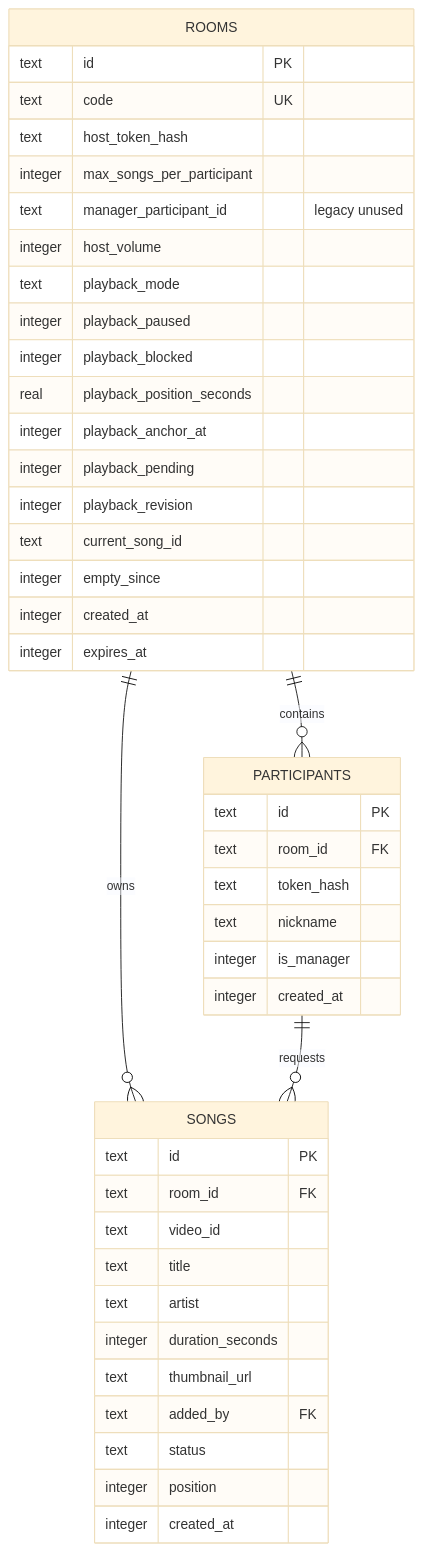
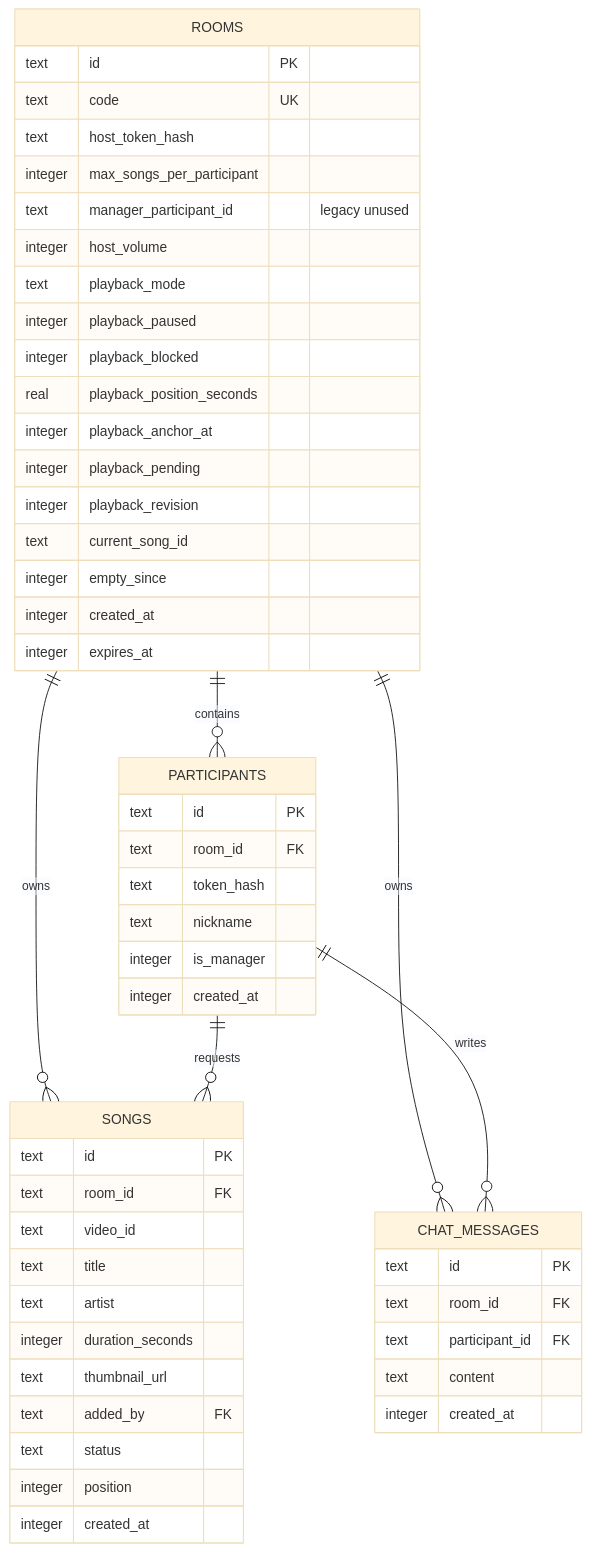
Before and after one commit to whitekw/jukebox: the first of 2 diagrams in docs/DATA_MODEL.md, drawn with Mermaid (base theme). The commit also changed other lines of this file and 17 other files, not shown here.

Commit message:
feat: add realtime room chat

````diff
--- a/docs/DATA_MODEL.md
+++ b/docs/DATA_MODEL.md
@@ -7,49 +7,59 @@
 ```mermaid
 erDiagram
     ROOMS ||--o{ PARTICIPANTS : contains
     ROOMS ||--o{ SONGS : owns
+    ROOMS ||--o{ CHAT_MESSAGES : owns
     PARTICIPANTS ||--o{ SONGS : requests
+    PARTICIPANTS ||--o{ CHAT_MESSAGES : writes
 
     ROOMS {
         text id PK
         text code UK
         text host_token_hash
         integer max_songs_per_participant
         text manager_participant_id "legacy unused"
         integer host_volume
         text playback_mode
         integer playback_paused
         integer playback_blocked
         real playback_position_seconds
         integer playback_anchor_at
         integer playback_pending
         integer playback_revision
         text current_song_id
         integer empty_since
         integer created_at
         integer expires_at
     }
 
     PARTICIPANTS {
         text id PK
         text room_id FK
         text token_hash
         text nickname
         integer is_manager
         integer created_at
     }
 
     SONGS {
         text id PK
         text room_id FK
         text video_id
         text title
         text artist
         integer duration_seconds
         text thumbnail_url
         text added_by FK
         text status
         integer position
         integer created_at
     }
+
+    CHAT_MESSAGES {
+        text id PK
+        text room_id FK
+        text participant_id FK
+        text content
+        integer created_at
+    }
 ```
````
